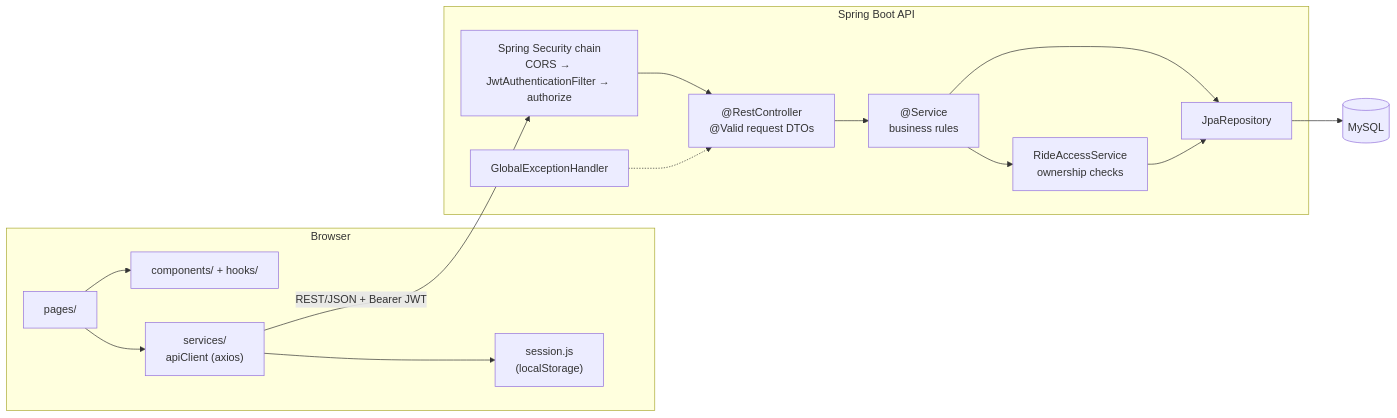
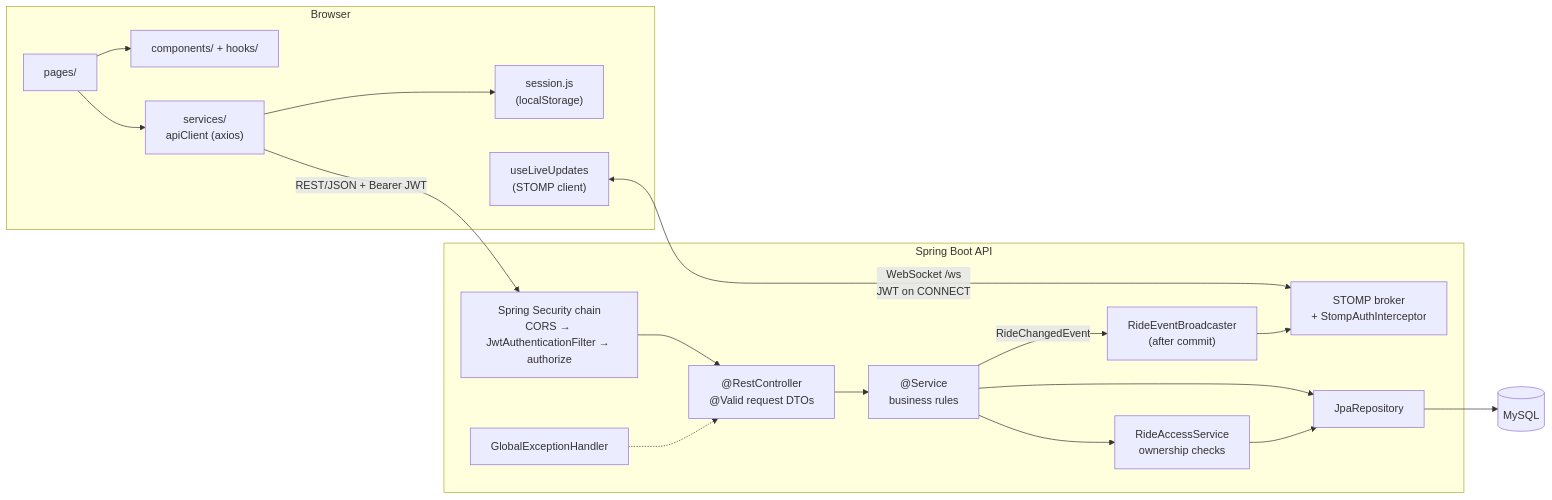
One commit to chatura-bhavishya/QuickCab changed the first of 6 diagrams in ARCHITECTURE.md. Above: the diagram before and after it, drawn with Mermaid. The commit also changed other lines of this file and 4 other files, not shown here.

````diff
--- a/ARCHITECTURE.md
+++ b/ARCHITECTURE.md
@@ -8,18 +9,22 @@
 ```mermaid
 flowchart LR
     subgraph Browser
         Pages["pages/"] --> Components["components/ + hooks/"]
         Pages --> Services["services/<br/>apiClient (axios)"]
         Services --> Session["session.js<br/>(localStorage)"]
+        Live["useLiveUpdates<br/>(STOMP client)"]
     end
     Services -- "REST/JSON + Bearer JWT" --> SecurityChain
+    Live <-- "WebSocket /ws<br/>JWT on CONNECT" --> Broker
     subgraph Backend["Spring Boot API"]
         SecurityChain["Spring Security chain<br/>CORS → JwtAuthenticationFilter → authorize"] --> Controller
         Controller["@RestController<br/>@Valid request DTOs"] --> Service["@Service<br/>business rules"]
         Service --> Access["RideAccessService<br/>ownership checks"]
         Service --> Repo["JpaRepository"]
         Access --> Repo
         Advice["GlobalExceptionHandler"] -.-> Controller
+        Service -- "RideChangedEvent" --> Broadcaster["RideEventBroadcaster<br/>(after commit)"]
+        Broadcaster --> Broker["STOMP broker<br/>+ StompAuthInterceptor"]
     end
     Repo --> MySQL[("MySQL")]
 ```
````
